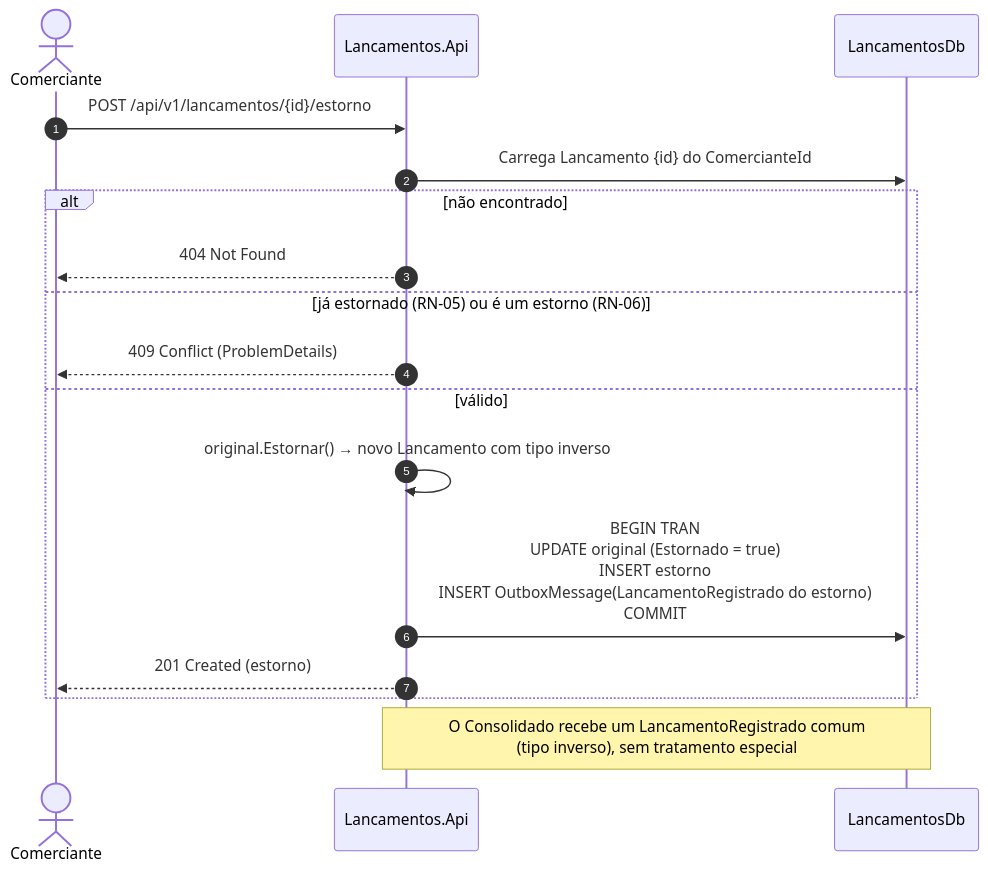
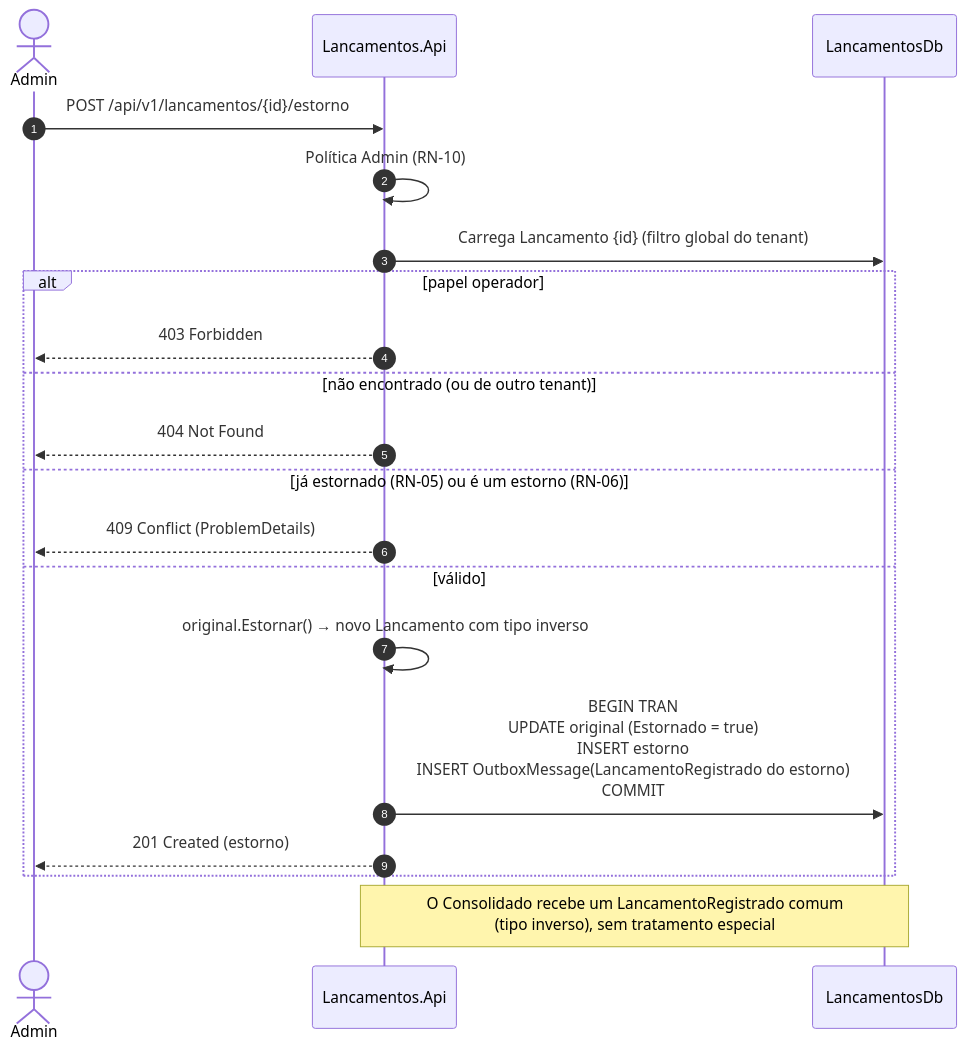
The fourth of 13 diagrams in docs/architecture/fluxos.md (igorwaterloo/Verx-desafio20260922), drawn with Mermaid before and after one commit. The commit also changed other lines of this file and 1 other file, not shown here.

````diff
--- a/docs/architecture/fluxos.md
+++ b/docs/architecture/fluxos.md
@@ -121,20 +128,23 @@
 ```mermaid
 sequenceDiagram
     autonumber
-    actor C as Comerciante
+    actor C as Admin
     participant L as Lancamentos.Api
     participant DB as LancamentosDb
 
     C->>L: POST /api/v1/lancamentos/{id}/estorno
-    L->>DB: Carrega Lancamento {id} do ComercianteId
-    alt não encontrado
+    L->>L: Política Admin (RN-10)
+    L->>DB: Carrega Lancamento {id} (filtro global do tenant)
+    alt papel operador
+        L-->>C: 403 Forbidden
+    else não encontrado (ou de outro tenant)
         L-->>C: 404 Not Found
     else já estornado (RN-05) ou é um estorno (RN-06)
         L-->>C: 409 Conflict (ProblemDetails)
     else válido
         L->>L: original.Estornar() → novo Lancamento com tipo inverso
         L->>DB: BEGIN TRAN<br/>UPDATE original (Estornado = true)<br/>INSERT estorno<br/>INSERT OutboxMessage(LancamentoRegistrado do estorno)<br/>COMMIT
         L-->>C: 201 Created (estorno)
     end
     Note over L,DB: O Consolidado recebe um LancamentoRegistrado comum<br/>(tipo inverso), sem tratamento especial
 ```
````
